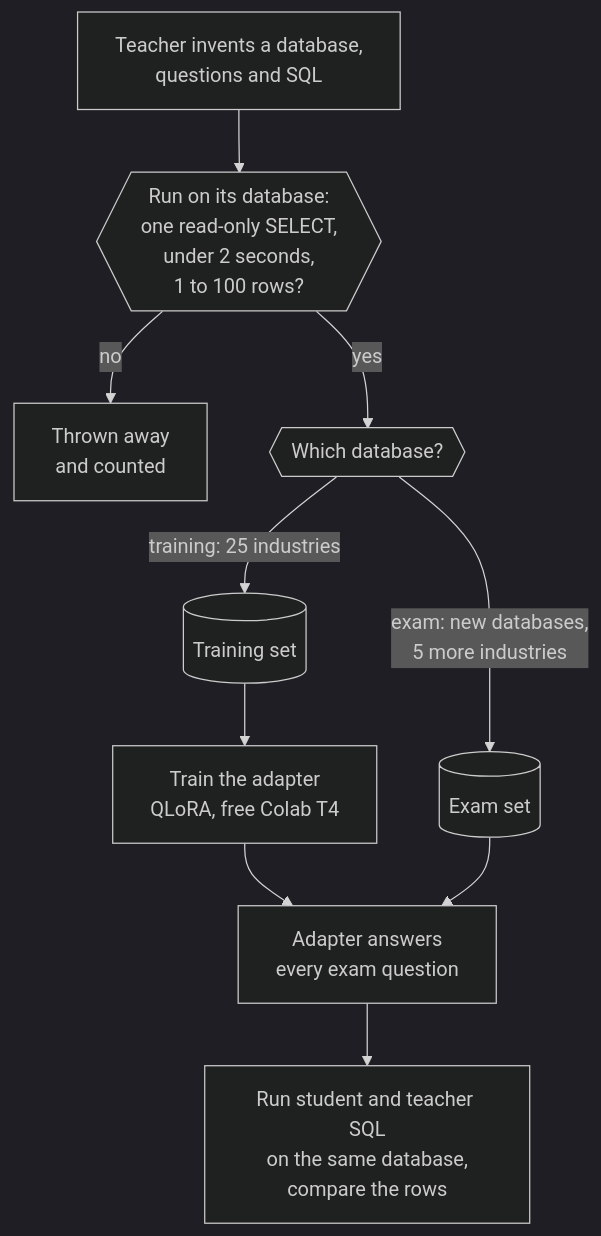
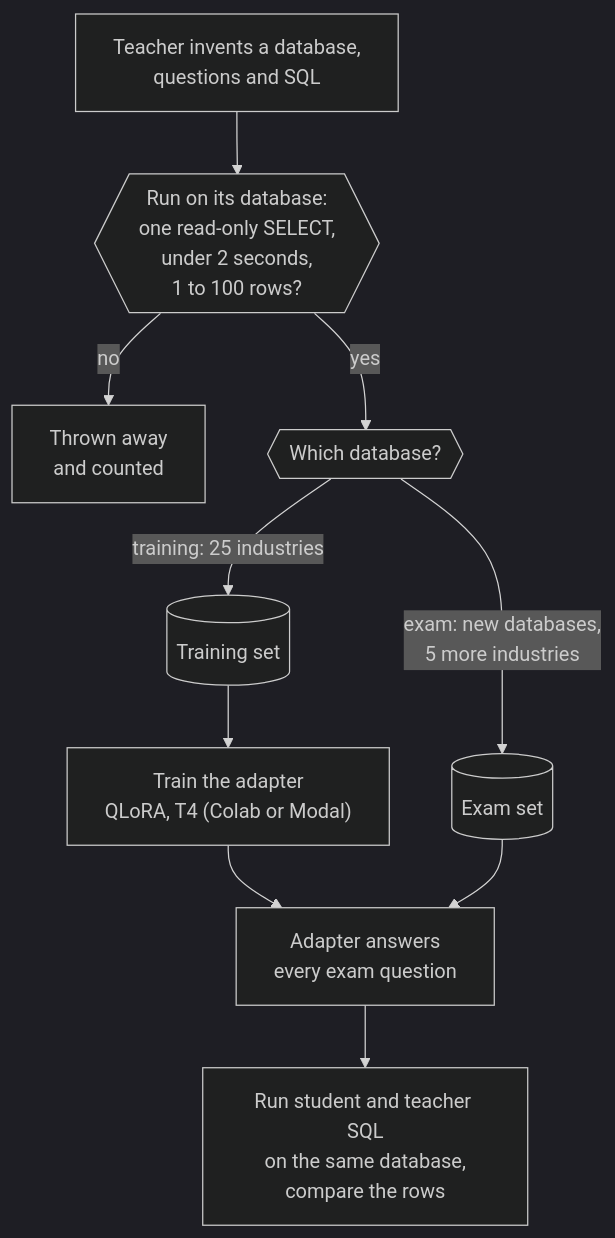
One commit to harshbhx/ratchet changed the first of 3 diagrams in docs-site/src/content/docs/guides/text-to-sql.mdx. Above: the diagram before and after it, drawn with Mermaid (dark theme). The commit also changed other lines of this file and 155 other files, not shown here.

First line of the commit message:
Fix the review findings and add the architecture diagram (#39)

````diff
--- a/docs-site/src/content/docs/guides/text-to-sql.mdx
+++ b/docs-site/src/content/docs/guides/text-to-sql.mdx
@@ -85,18 +85,18 @@
 ```mermaid
 flowchart TB
   T["Teacher invents a database,<br/>questions and SQL"] --> C{{"Run on its database:<br/>one read-only SELECT,<br/>under 2 seconds,<br/>1 to 100 rows?"}}
   C -->|"no"| X["Thrown away<br/>and counted"]
   C -->|"yes"| S{{"Which database?"}}
   S -->|"training: 25 industries"| TR[("Training set")]
   S -->|"exam: new databases,<br/>5 more industries"| EX[("Exam set")]
-  TR --> L["Train the adapter<br/>QLoRA, free Colab T4"]
+  TR --> L["Train the adapter<br/>QLoRA, T4 (Colab or Modal)"]
   L --> M["Adapter answers<br/>every exam question"]
   EX --> M
   M --> R["Run student and teacher SQL<br/>on the same database,<br/>compare the rows"]
   class T teacher
   class C,S gate
   class X danger
   class TR,EX store
   class L,M student
   class R ok
 ```
````
